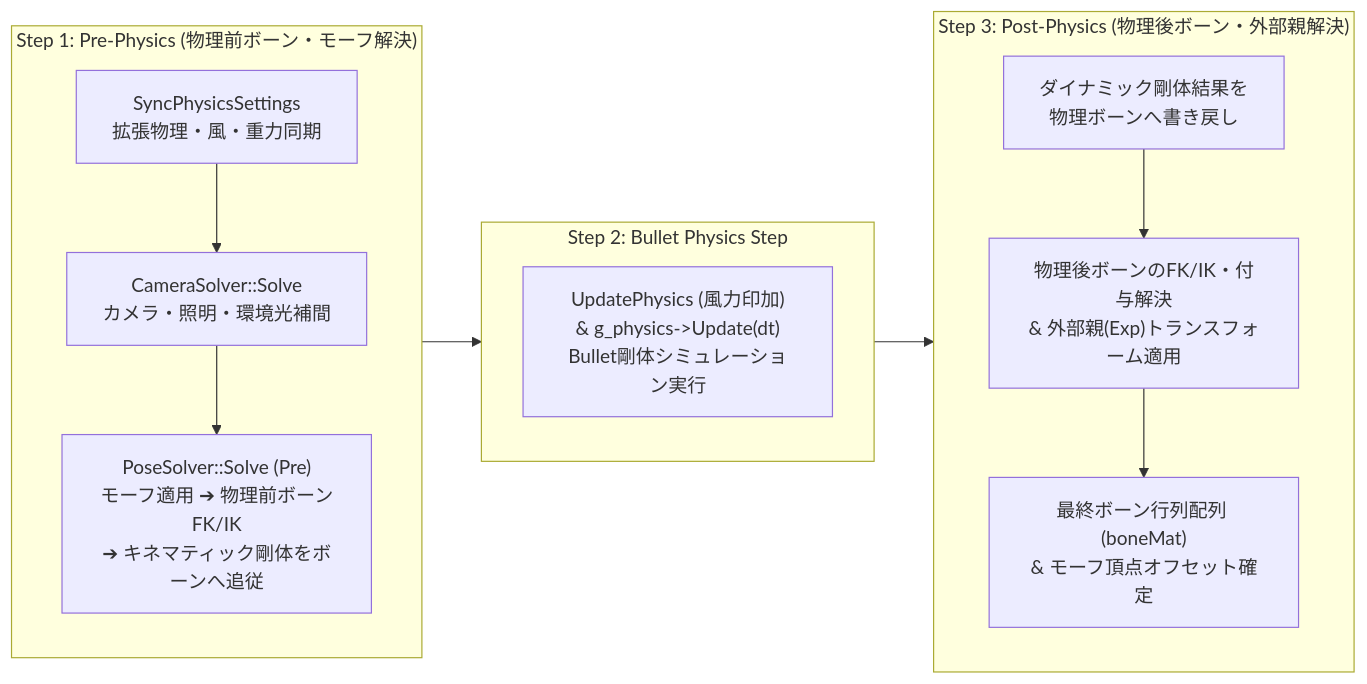
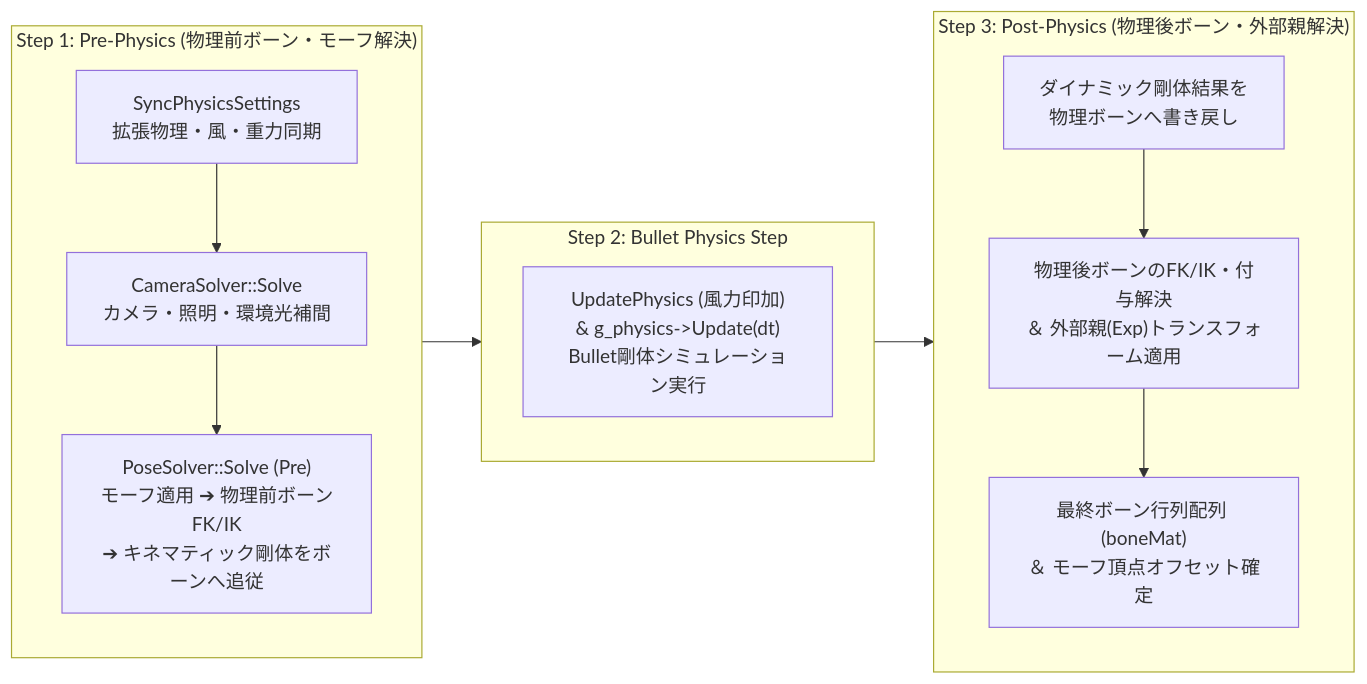
One commit to catnip-touhou/MikuMikuDayo changed the fourth of 8 diagrams in docs/アーキテクチャ設計_Part3_State Transition & Execution Flow.md. Above: the diagram before and after it, drawn with Mermaid. The commit also changed other lines of this file, not shown here.

Commit message:
Update アーキテクチャ設計_Part3_State Transition & Execution Flow.md

````diff
--- a/docs/アーキテクチャ設計_Part3_State Transition & Execution Flow.md
+++ b/docs/アーキテクチャ設計_Part3_State Transition & Execution Flow.md
@@ -109,22 +109,22 @@
 ```mermaid
 flowchart LR
     subgraph Step1["Step 1: Pre-Physics (物理前ボーン・モーフ解決)"]
         S1A["SyncPhysicsSettings\n拡張物理・風・重力同期"]
         S1B["CameraSolver::Solve\nカメラ・照明・環境光補間"]
         S1C["PoseSolver::Solve (Pre)\nモーフ適用 ➔ 物理前ボーンFK/IK\n➔ キネマティック剛体をボーンへ追従"]
         S1A --> S1B --> S1C
     end
 
     subgraph Step2["Step 2: Bullet Physics Step"]
         S2A["UpdatePhysics (風力印加)\n& g_physics->Update(dt)\nBullet剛体シミュレーション実行"]
     end
 
     subgraph Step3["Step 3: Post-Physics (物理後ボーン・外部親解決)"]
         S3A["ダイナミック剛体結果を\n物理ボーンへ書き戻し"]
-        S3B["物理後ボーンのFK/IK・付与解決\n& 外部親(Exp)トランスフォーム適用"]
-        S3C["最終ボーン行列配列 (boneMat)\n& モーフ頂点オフセット確定"]
+        S3B["物理後ボーンのFK/IK・付与解決\n＆ 外部親(Exp)トランスフォーム適用"]
+        S3C["最終ボーン行列配列 (boneMat)\n＆ モーフ頂点オフセット確定"]
         S3A --> S3B --> S3C
     end
 
     Step1 --> Step2 --> Step3
 ```
````
